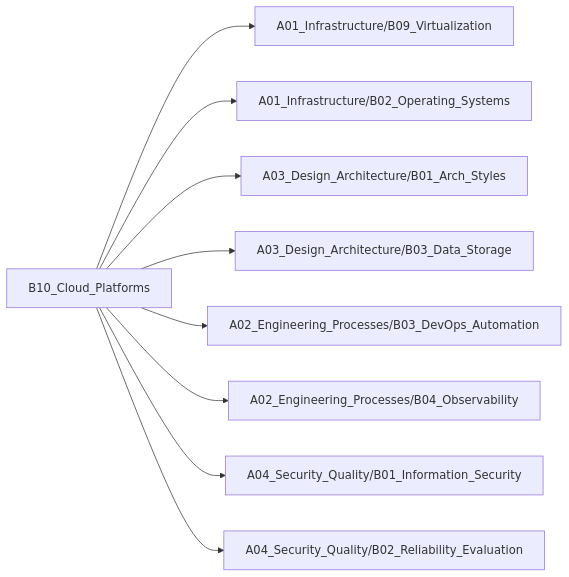
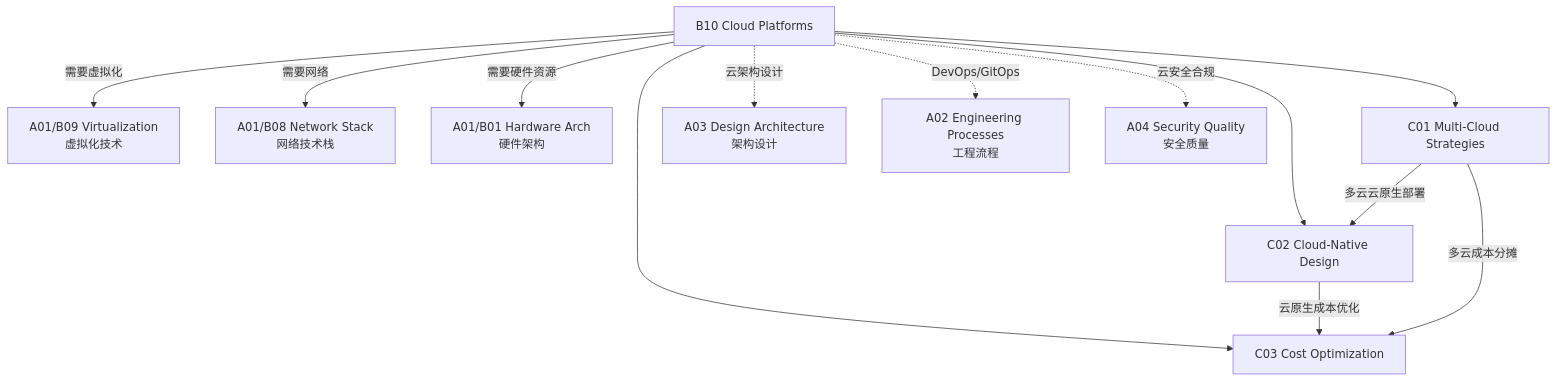
One commit to yesiops/zco-super-stack changed the diagram in A01_Infrastructure/B10_Cloud_Platforms/README.md. Above: the diagram before and after it, drawn with Mermaid. The commit also changed other lines of this file, not shown here.

Commit message:
docs: 扩充 B10_Cloud_Platforms README.md - 添加多云策略、云原生设计和FinOps成本优化内容

````diff
--- a/A01_Infrastructure/B10_Cloud_Platforms/README.md
+++ b/A01_Infrastructure/B10_Cloud_Platforms/README.md
@@ -88,20 +164,23 @@
 ```mermaid
-graph LR
-    B[B10_Cloud_Platforms]
-
-    %% 基础设施
-    B --> A01[A01_Infrastructure/B09_Virtualization]
-    B --> A02[A01_Infrastructure/B02_Operating_Systems]
-
-    %% 架构设计
-    B --> A03[A03_Design_Architecture/B01_Arch_Styles]
-    B --> A04[A03_Design_Architecture/B03_Data_Storage]
-
-    %% 工程实践
-    B --> A05[A02_Engineering_Processes/B03_DevOps_Automation]
-    B --> A06[A02_Engineering_Processes/B04_Observability]
-
-    %% 安全质量
-    B --> A07[A04_Security_Quality/B01_Information_Security]
-    B --> A08[A04_Security_Quality/B02_Reliability_Evaluation]
+graph TB
+    B[B10 Cloud Platforms]
+    
+    %% 同层关联
+    B -->|需要虚拟化| B09[A01/B09 Virtualization<br/>虚拟化技术]
+    B -->|需要网络| B08[A01/B08 Network Stack<br/>网络技术栈]
+    B -->|需要硬件资源| B01[A01/B01 Hardware Arch<br/>硬件架构]
+    
+    %% 专项关联
+    B --> C01[C01 Multi-Cloud Strategies]
+    B --> C02[C02 Cloud-Native Design]
+    B --> C03[C03 Cost Optimization]
+    
+    C01 -->|多云云原生部署| C02
+    C02 -->|云原生成本优化| C03
+    C01 -->|多云成本分摊| C03
+    
+    %% 跨层关联
+    B -.->|云架构设计| A03[A03 Design Architecture<br/>架构设计]
+    B -.->|DevOps/GitOps| A02[A02 Engineering Processes<br/>工程流程]
+    B -.->|云安全合规| A04[A04 Security Quality<br/>安全质量]
 ```
````
